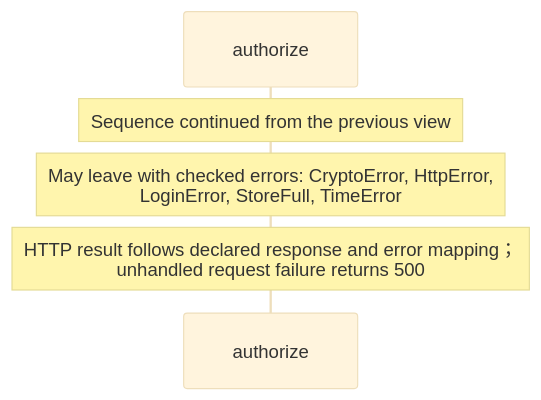
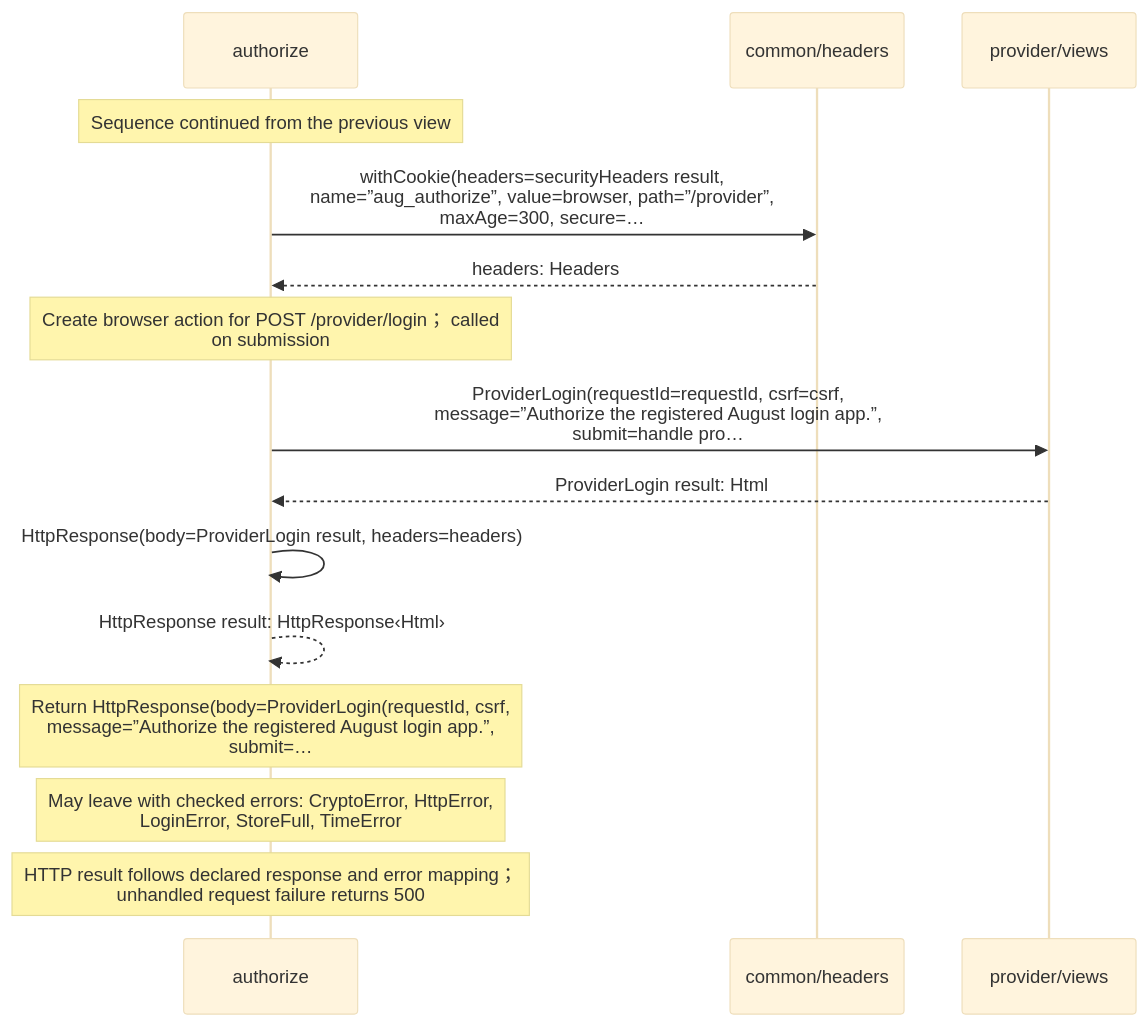
The seventh of 12 diagrams in docs/examples/oidc-login/provider/authorization-diagrams.md (GreenPandaStudios/augscript), drawn with Mermaid (base theme) before and after one commit. The commit also changed other lines of this file and 304 other files, not shown here.

Commit message:
Make generated data-flow sequences concise and review every diagram

````diff
--- a/docs/examples/oidc-login/provider/authorization-diagrams.md
+++ b/docs/examples/oidc-login/provider/authorization-diagrams.md
@@ -212,8 +188,17 @@
 ```mermaid
 sequenceDiagram
     participant p0 as authorize
-
+    participant p1 as common/headers
+    participant p2 as provider/views
     Note over p0: Sequence continued from the previous view
+    p0->>p1: withCookie(headers=securityHeaders result,<br/>name=”aug_authorize”, value=browser, path=”/provider”,<br/>maxAge=300, secure=…
+    p1-->>p0: headers: Headers
+    Note over p0: Create browser action for POST /provider/login； called<br/>on submission
+    p0->>p2: ProviderLogin(requestId=requestId, csrf=csrf,<br/>message=”Authorize the registered August login app.”,<br/>submit=handle pro…
+    p2-->>p0: ProviderLogin result: Html
+    p0->>p0: HttpResponse(body=ProviderLogin result, headers=headers)
+    p0-->>p0: HttpResponse result: HttpResponse‹Html›
+    Note over p0: Return HttpResponse(body=ProviderLogin(requestId, csrf,<br/>message=”Authorize the registered August login app.”,<br/>submit=…
     Note over p0: May leave with checked errors: CryptoError, HttpError,<br/>LoginError, StoreFull, TimeError
     Note over p0: HTTP result follows declared response and error mapping；<br/>unhandled request failure returns 500
 ```
````
